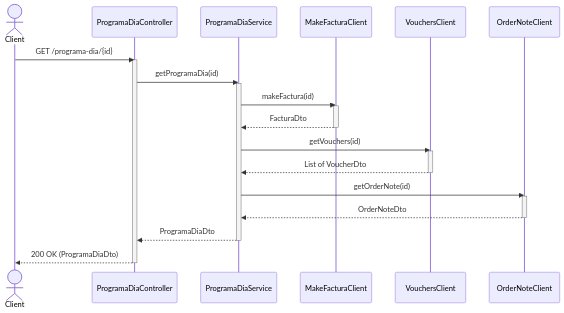
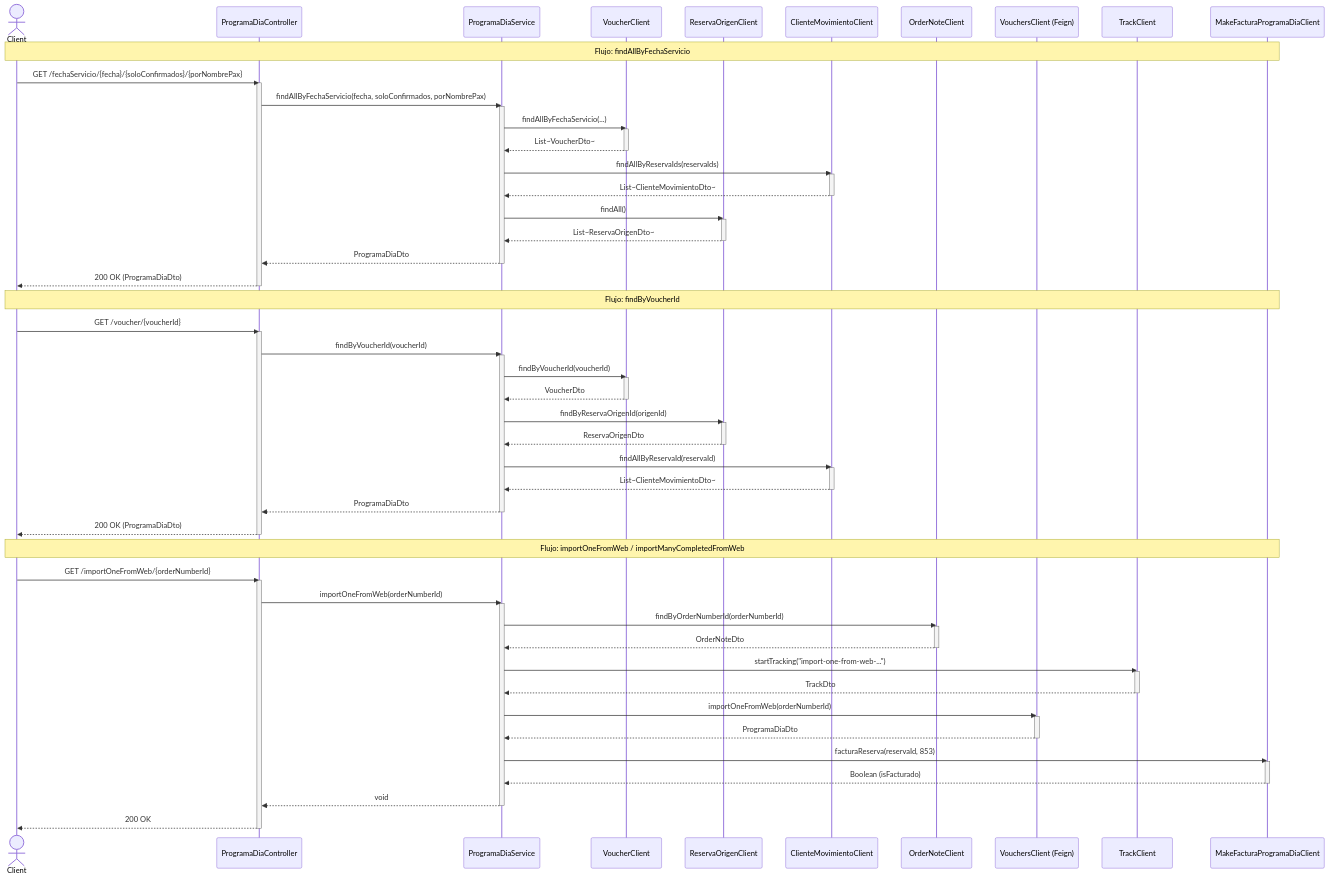
Before and after one commit to ETEREA-services/ETEREA.programa-dia-service: the diagram in docs/diagrams/sequence-flow.mmd, drawn with Mermaid. The commit also changed 24 other files, not shown here.

```diff
--- a/docs/diagrams/sequence-flow.mmd
+++ b/docs/diagrams/sequence-flow.mmd
@@ -1,28 +1,81 @@
 sequenceDiagram
     actor C as Client
     participant PDC as ProgramaDiaController
     participant PDS as ProgramaDiaService
-    participant MFF as MakeFacturaClient
-    participant VC as VouchersClient
+    participant VC as VoucherClient
+    participant ROC as ReservaOrigenClient
+    participant CMC as ClienteMovimientoClient
     participant ONC as OrderNoteClient
+    participant VFC as VouchersClient (Feign)
+    participant TC as TrackClient
+    participant MFPC as MakeFacturaProgramaDiaClient
 
-    C->>PDC: GET /programa-dia/{id}
+    Note over C,MFPC: Flujo: findAllByFechaServicio
+    C->>PDC: GET /fechaServicio/{fecha}/{soloConfirmados}/{porNombrePax}
     activate PDC
-    PDC->>PDS: getProgramaDia(id)
+    PDC->>PDS: findAllByFechaServicio(fecha, soloConfirmados, porNombrePax)
     activate PDS
-    PDS->>MFF: makeFactura(id)
-    activate MFF
-    MFF-->>PDS: FacturaDto
-    deactivate MFF
-    PDS->>VC: getVouchers(id)
+    PDS->>VC: findAllByFechaServicio(...)
     activate VC
-    VC-->>PDS: List of VoucherDto
+    VC-->>PDS: List~VoucherDto~
     deactivate VC
-    PDS->>ONC: getOrderNote(id)
-    activate ONC
-    ONC-->>PDS: OrderNoteDto
-    deactivate ONC
+    PDS->>CMC: findAllByReservaIds(reservaIds)
+    activate CMC
+    CMC-->>PDS: List~ClienteMovimientoDto~
+    deactivate CMC
+    PDS->>ROC: findAll()
+    activate ROC
+    ROC-->>PDS: List~ReservaOrigenDto~
+    deactivate ROC
     PDS-->>PDC: ProgramaDiaDto
     deactivate PDS
     PDC-->>C: 200 OK (ProgramaDiaDto)
     deactivate PDC
+
+    Note over C,MFPC: Flujo: findByVoucherId
+    C->>PDC: GET /voucher/{voucherId}
+    activate PDC
+    PDC->>PDS: findByVoucherId(voucherId)
+    activate PDS
+    PDS->>VC: findByVoucherId(voucherId)
+    activate VC
+    VC-->>PDS: VoucherDto
+    deactivate VC
+    PDS->>ROC: findByReservaOrigenId(origenId)
+    activate ROC
+    ROC-->>PDS: ReservaOrigenDto
+    deactivate ROC
+    PDS->>CMC: findAllByReservaId(reservaId)
+    activate CMC
+    CMC-->>PDS: List~ClienteMovimientoDto~
+    deactivate CMC
+    PDS-->>PDC: ProgramaDiaDto
+    deactivate PDS
+    PDC-->>C: 200 OK (ProgramaDiaDto)
+    deactivate PDC
+
+    Note over C,MFPC: Flujo: importOneFromWeb / importManyCompletedFromWeb
+    C->>PDC: GET /importOneFromWeb/{orderNumberId}
+    activate PDC
+    PDC->>PDS: importOneFromWeb(orderNumberId)
+    activate PDS
+    PDS->>ONC: findByOrderNumberId(orderNumberId)
+    activate ONC
+    ONC-->>PDS: OrderNoteDto
+    deactivate ONC
+    PDS->>TC: startTracking("import-one-from-web-...")
+    activate TC
+    TC-->>PDS: TrackDto
+    deactivate TC
+    PDS->>VFC: importOneFromWeb(orderNumberId)
+    activate VFC
+    VFC-->>PDS: ProgramaDiaDto
+    deactivate VFC
+    PDS->>MFPC: facturaReserva(reservaId, 853)
+    activate MFPC
+    MFPC-->>PDS: Boolean (isFacturado)
+    deactivate MFPC
+    PDS-->>PDC: void
+    deactivate PDS
+    PDC-->>C: 200 OK
+    deactivate PDC
```
